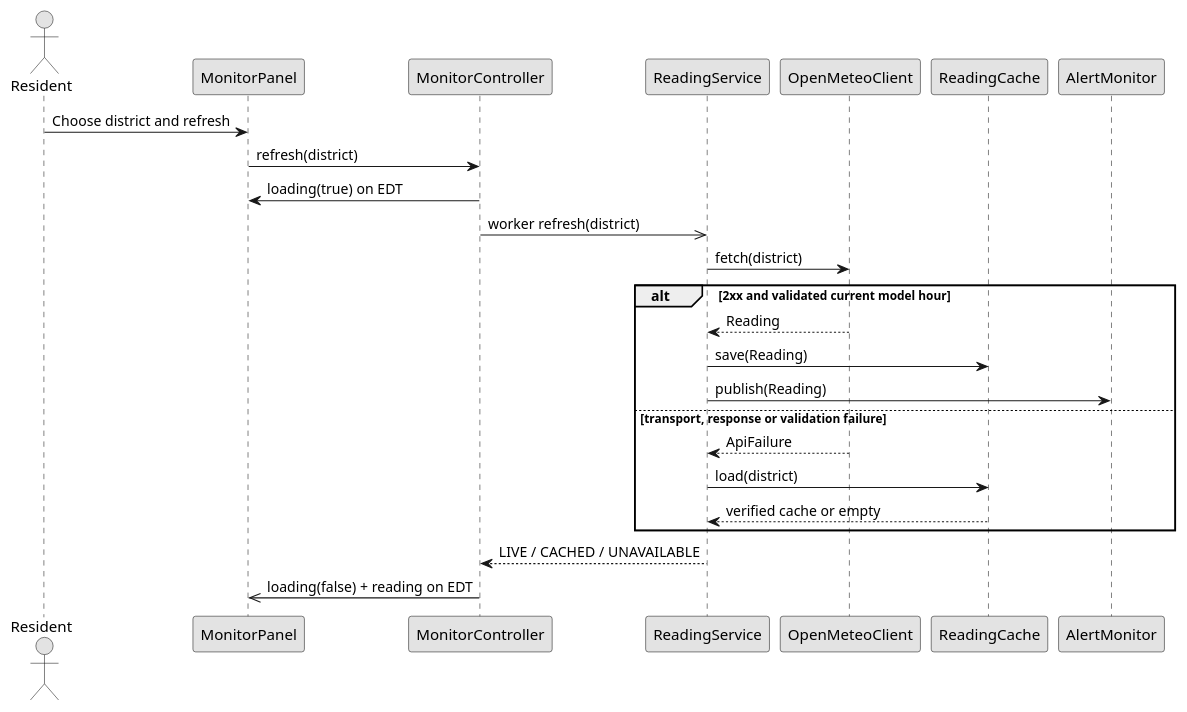
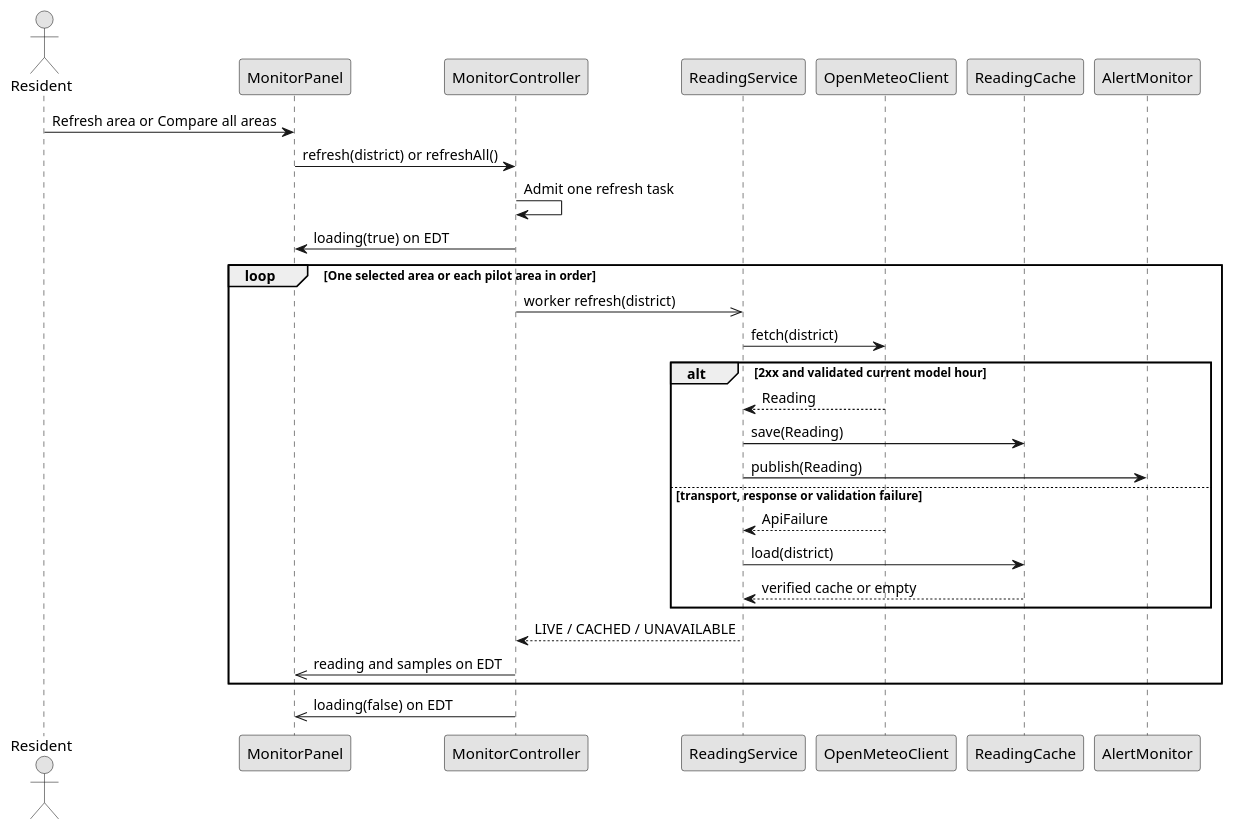
Before and after one commit to ThatsNolz/csc61204-kl-air-and-parks: the diagram in diagrams/refresh-sequence.puml, drawn with PlantUML. The commit also changed 17 other files, not shown here.

```diff
--- a/diagrams/refresh-sequence.puml
+++ b/diagrams/refresh-sequence.puml
@@ -1,26 +1,30 @@
 @startuml
 skinparam monochrome true
 actor Resident
 participant MonitorPanel
 participant MonitorController
 participant ReadingService
 participant OpenMeteoClient
 participant ReadingCache
 participant AlertMonitor
-Resident -> MonitorPanel: Choose district and refresh
-MonitorPanel -> MonitorController: refresh(district)
+Resident -> MonitorPanel: Refresh area or Compare all areas
+MonitorPanel -> MonitorController: refresh(district) or refreshAll()
+MonitorController -> MonitorController: Admit one refresh task
 MonitorController -> MonitorPanel: loading(true) on EDT
+loop One selected area or each pilot area in order
 MonitorController ->> ReadingService: worker refresh(district)
 ReadingService -> OpenMeteoClient: fetch(district)
 alt 2xx and validated current model hour
 OpenMeteoClient --> ReadingService: Reading
 ReadingService -> ReadingCache: save(Reading)
 ReadingService -> AlertMonitor: publish(Reading)
 else transport, response or validation failure
 OpenMeteoClient --> ReadingService: ApiFailure
 ReadingService -> ReadingCache: load(district)
 ReadingCache --> ReadingService: verified cache or empty
 end
 ReadingService --> MonitorController: LIVE / CACHED / UNAVAILABLE
-MonitorController ->> MonitorPanel: loading(false) + reading on EDT
+MonitorController ->> MonitorPanel: reading and samples on EDT
+end
+MonitorController ->> MonitorPanel: loading(false) on EDT
 @enduml
```
